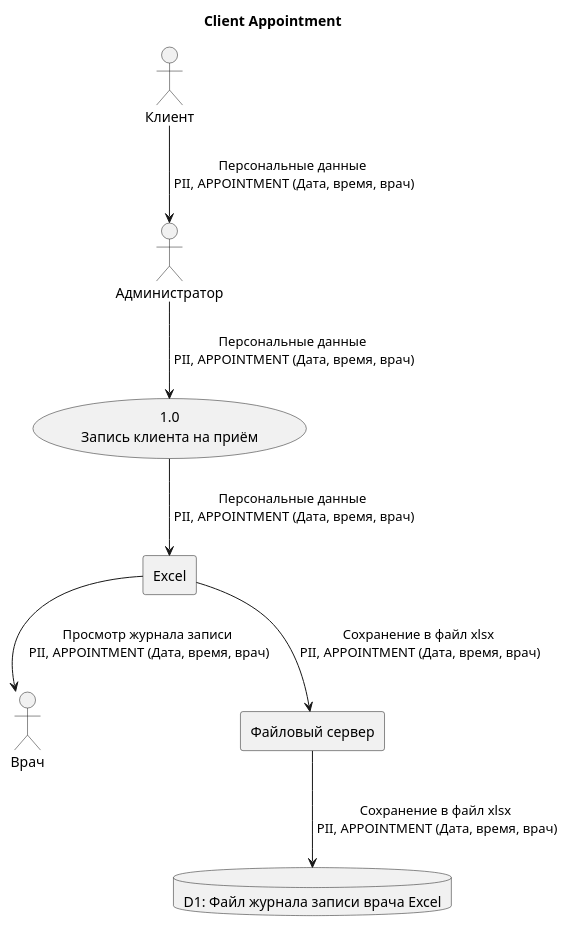
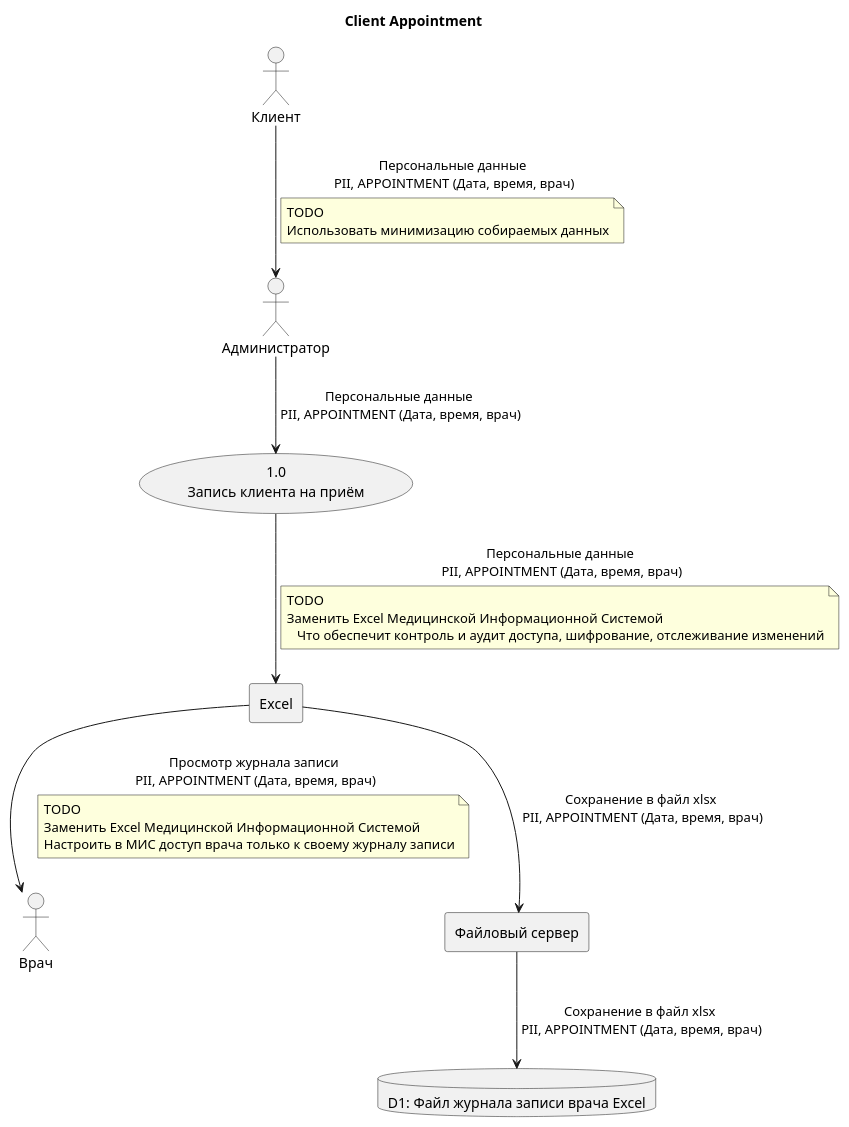
Before and after one commit to oleg088097/architecture-medikamente: the diagram in task1/diagrams/client-appointment.puml, drawn with PlantUML. The commit also changed 6 other files, not shown here.

```diff
--- a/task1/diagrams/client-appointment.puml
+++ b/task1/diagrams/client-appointment.puml
@@ -1,24 +1,38 @@
 @startuml
 title Client Appointment
 
 actor Администратор
 actor Клиент
 actor Врач
 
 (1.0\nЗапись клиента на приём) as AppointmentProc
 
 rectangle "Файловый сервер" as fileServer
 rectangle Excel
 
 database "D1: Файл журнала записи врача Excel" as xlsx
 
 Клиент --> Администратор : Персональные данные\n PII, APPOINTMENT (Дата, время, врач)
+note on link
+ TODO
+ Использовать минимизацию собираемых данных
+end note
 Администратор --> AppointmentProc : Персональные данные\n PII, APPOINTMENT (Дата, время, врач)
 
 AppointmentProc --> Excel : Персональные данные\n PII, APPOINTMENT (Дата, время, врач)
+note on link
+ TODO
+ Заменить Excel Медицинской Информационной Системой
+    Что обеспечит контроль и аудит доступа, шифрование, отслеживание изменений
+end note
 Excel --> fileServer : Сохранение в файл xlsx\n PII, APPOINTMENT (Дата, время, врач)
 fileServer --> xlsx : Сохранение в файл xlsx\n PII, APPOINTMENT (Дата, время, врач)
 
 Excel --> Врач : Просмотр журнала записи\n PII, APPOINTMENT (Дата, время, врач)
+note on link
+ TODO
+ Заменить Excel Медицинской Информационной Системой
+ Настроить в МИС доступ врача только к своему журналу записи
+end note
 
 @enduml
```
